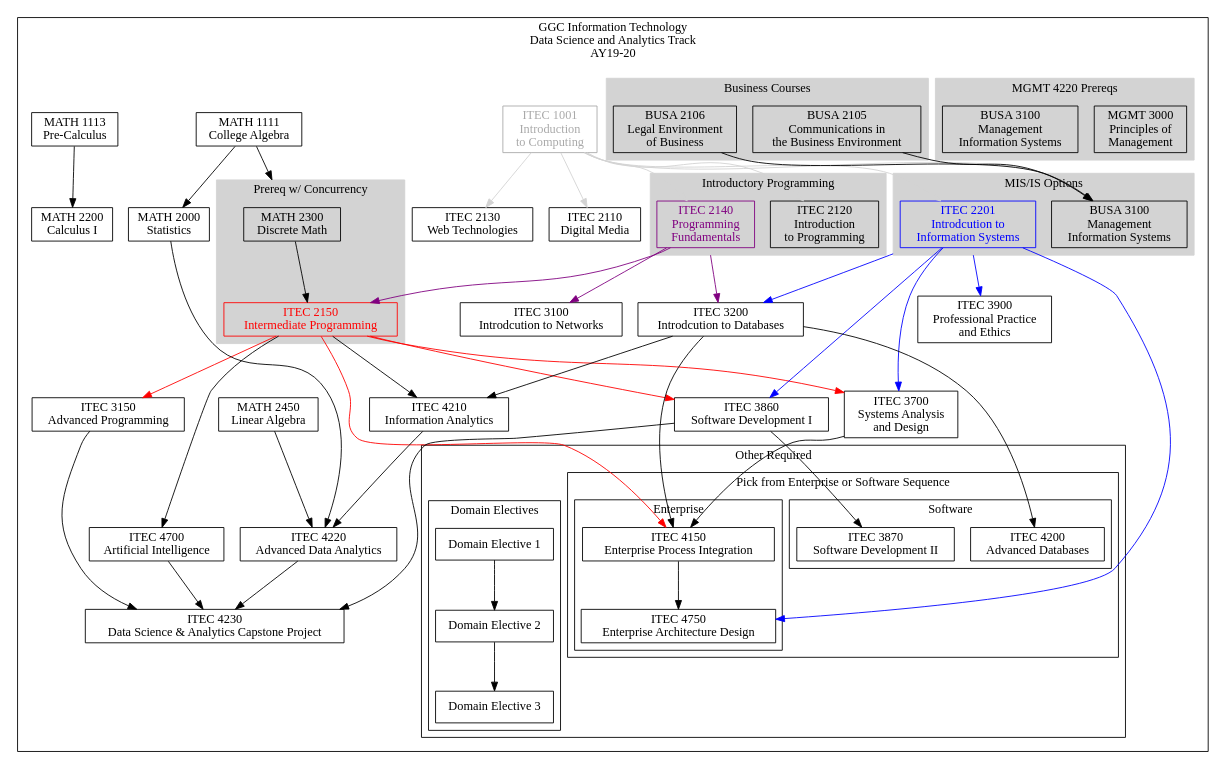
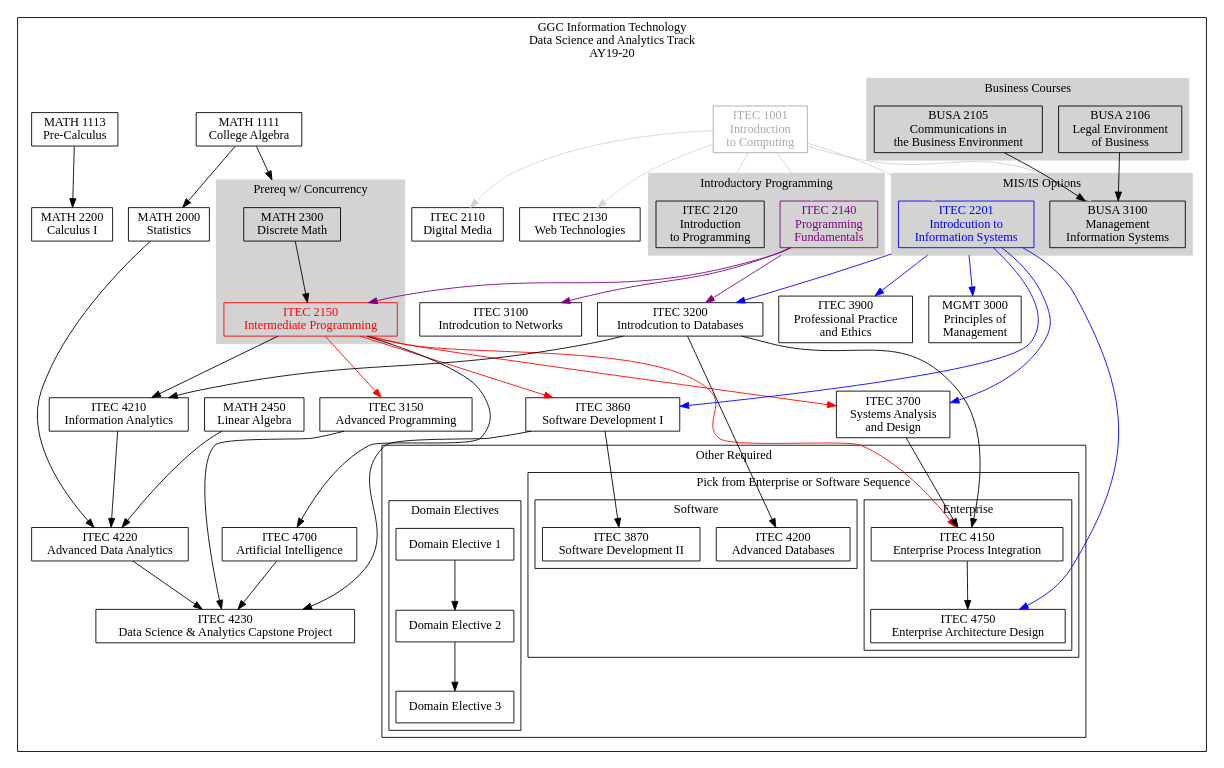
The diagram in AY19-20/DataScienceAndAnalytics.dot (rjlutz/itec-plans), drawn with Graphviz before and after one commit. The commit also changed 7 other files, not shown here.

```diff
--- a/AY19-20/DataScienceAndAnalytics.dot
+++ b/AY19-20/DataScienceAndAnalytics.dot
@@ -1,174 +1,166 @@
 digraph G {
 
     node [shape = record, fontname="Sans serif" fontsize="14"];
     compound = true //  needed to link clusters and nodes
     splines = true
     ranksep=0.75
 
      // All
     itec1001[label = "ITEC 1001\nIntroduction \nto Computing" color=darkgray fontcolor=darkgray]
     itec2110[label = "ITEC 2110\nDigital Media"]
     itec2120[label = "ITEC 2120\nIntroduction\nto Programming"]
     itec2130[label = "ITEC 2130\nWeb Technologies"]
     itec2140[label = "ITEC 2140\nProgramming \nFundamentals" color=purple fontcolor=purple]
     itec2150[label = "ITEC 2150\nIntermediate Programming" color=red fontcolor=red]
     itec2201[label = "ITEC 2201\nIntrodcution to\nInformation Systems" color=blue fontcolor=blue]
     itec3100[label = "ITEC 3100\nIntrodcution to Networks"]
     itec3200[label = "ITEC 3200\nIntrodcution to Databases"]
     itec3900[label = "ITEC 3900\nProfessional Practice\nand Ethics"]
     busa2105[label = "BUSA 2105\nCommunications in\nthe Business Environment"]
     busa2106[label = "BUSA 2106\nLegal Environment\nof Business"]
     busa3100[label = "BUSA 3100\nManagement \nInformation Systems"]
     math1113[label = "MATH 1113\nPre-Calculus"]
     math2300[label = "MATH 2300\nDiscrete Math"]
     math2000[label = "MATH 2000\nStatistics"]
     math2200[label = "MATH 2200\nCalculus I"]
     mgmt3000[label = "MGMT 3000\nPrinciples of\nManagement"]
 
     // Data Science and Analytics
     itec3150[label = "ITEC 3150\nAdvanced Programming"]
     itec3700[label = "ITEC 3700\nSystems Analysis\nand Design"]
     itec3860[label = "ITEC 3860\nSoftware Development I"]
     itec3870[label = "ITEC 3870\nSoftware Development II"]
     itec4150[label = "ITEC 4150\nEnterprise Process Integration"]
     itec4200[label = "ITEC 4200\nAdvanced Databases"]
     itec4210[label = "ITEC 4210\nInformation Analytics"]
     itec4220[label = "ITEC 4220\nAdvanced Data Analytics"]
     itec4230[label = "ITEC 4230\nData Science & Analytics Capstone Project"]
     itec4750[label = "ITEC 4750\nEnterprise Architecture Design"]
     itec4700[label = "ITEC 4700\nArtificial Intelligence"]
-    busb3100[label = "BUSA 3100\nManagement \nInformation Systems"] //  a hack, a copy for DSA 
     domain1[label = "Domain Elective 1"]
     domain2[label = "Domain Elective 2"]
     domain3[label = "Domain Elective 3"]
     math1111[label = "MATH 1111\nCollege Algebra"]
     math2450[label = "MATH 2450\nLinear Algebra"]
 
 
     subgraph clusterdsa {
         label="GGC Information Technology\nData Science and Analytics Track\nAY19-20"
 
         subgraph clusterrequired {
             label=""
             node [style=filled];
             style=filled;
 
             color="#FFFFFF";
 
             itec1001 -> itec2110 [color=lightgray]
 
             itec1001 -> itec2120 [color=lightgray]
             itec1001 -> itec2130 [color=lightgray]
             itec1001 -> itec2201 [color=lightgray]
             itec1001 -> busa3100 [color=lightgray]
             itec2140 -> itec2150 [color=purple]
             itec2140 -> itec3100 [color=purple]
             itec2201 -> itec3200 [ltail=cluster22013100 color=blue]
             itec2140 -> itec3200 [ltail=cluster21202140 color=purple]
+            itec2201 -> mgmt3000 [ltail=cluster22013100 color=blue]
 
             itec2150 -> itec4150 [color=red]
             itec3200 -> itec4150
             itec3700 -> itec4150
             itec2201 -> itec4750 [color=blue]
             itec4150 -> itec4750
             
             busa2106 -> busa3100
             busa2105 -> busa3100
             itec1001 -> itec2140 [color=lightgray]
             itec2150 -> itec3150 [lltail=clusterdiscrete color=red]
 
             itec2150 -> itec3700 [lltail=clusterdiscrete color=red]
             itec2201 -> itec3700 [color=blue]
 
             itec2150 -> itec3860 [color=red]
             itec2201 -> itec3860 [color=blue]
             itec3860 -> itec3870
             itec2201 -> itec3900 [ltail=cluster22013100 color=blue]
             itec2150 -> itec4210
             itec3200 -> itec4210
             itec4210 -> itec4220
             math2000 -> itec4220
             math2450 -> itec4220
             itec3860 -> itec4230
             itec4220 -> itec4230
             itec3150 -> itec4230
             itec4700 -> itec4230
             itec2150 -> itec4700
 
-
             math1113 -> math2200
             math1111 -> math2000
             math1111 -> math2300 [lhead=clusterdiscrete]
            
             itec3200 -> itec4200
 
             subgraph cluster21202140 {
                 label = "Introductory Programming";
                 color=lightgrey;
                 itec2120
                 itec2140
-            }
-            subgraph cluster30003100 {
-                label = "MGMT 4220 Prereqs";
-                color=lightgrey;
-                busb3100
-                mgmt3000
-                
             }
             subgraph cluster22013100 {
                 label = "MIS/IS Options";
                 color=lightgrey;
                 busa3100
                 itec2201
             }
             subgraph cluster21052106 {
                 label = "Business Courses"
                 color=lightgrey;
                 busa2105
                 busa2106
             }
             
             subgraph clusterdiscrete {
                 label = "Prereq w/ Concurrency";
                 node [style=filled];
                 style=filled;
                 color=lightgrey;
                 math2300 -> itec2150
             }
 
             subgraph clusterotherrequired {
                 label = "Other Required"
                 node [style=filled];
                 style=filled;
                 graph[style=solid]
                 color=black;
 
 
                 subgraph clusteritecoptions {
                     label = "Pick from Enterprise or Software Sequence"
                     node [style=filled];
                     style=filled;
                     graph[style=solid]
                     color=black;
 
                     subgraph clusteritecopt1 {
                         label = "Enterprise";
                         itec4150
                         itec4750
                     }
 
                     subgraph clusteritecopt2 {
                         label = "Software";
                         itec3870
                         itec4200
                     }
                 }
 
                 subgraph clusterdomain {
                     label = "Domain Electives";
                     domain1 -> domain2 -> domain3
                 }               
             }
         }    
     }
 }
```
